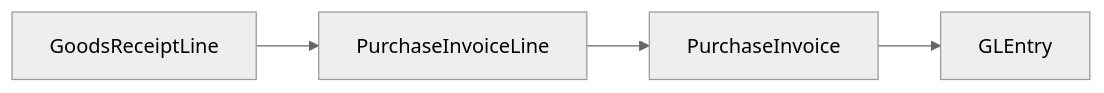
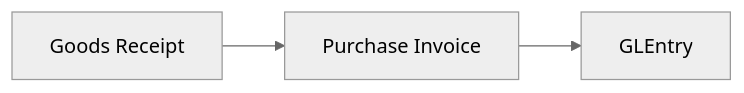
Before and after one commit to mmcodesso/greenfield_database: the fourth of 7 diagrams in docs/processes/p2p.md, drawn with Mermaid (neutral theme). The commit also changed other lines of this file and 6 other files, not shown here.

````diff
--- a/docs/processes/p2p.md
+++ b/docs/processes/p2p.md
@@ -150,9 +145,8 @@
 ```mermaid
 flowchart LR
-    GRL[GoodsReceiptLine]
-    PI[PurchaseInvoice]
-    PIL[PurchaseInvoiceLine]
+    GRL[Goods Receipt]
+    PI[Purchase Invoice]
     GL[GLEntry]
 
-    GRL --> PIL --> PI --> GL
+    GRL --> PI --> GL
 ```
````
